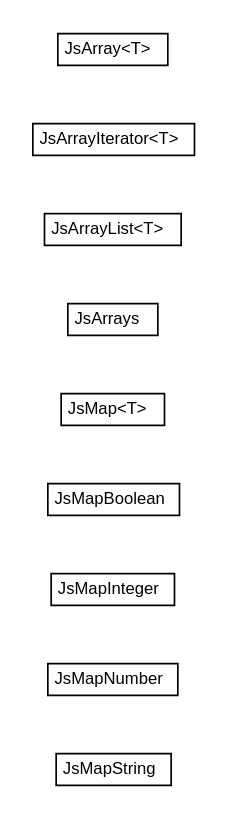
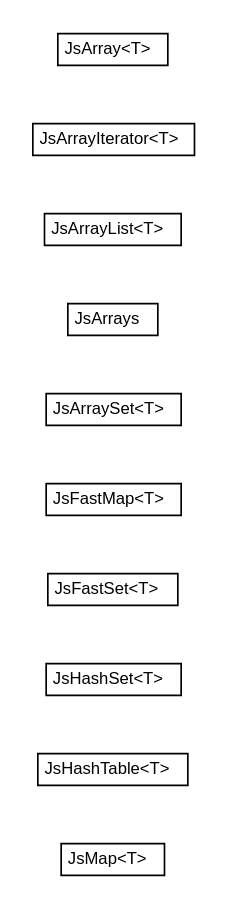
Before and after one commit to growbit/turbogwt-core: the diagram in javadoc/apidocs/org/turbogwt/core/js/collections/org.turbogwt.core.js.collections.dot, drawn with Graphviz. The commit also changed 111 other files, not shown here.

```diff
--- a/javadoc/apidocs/org/turbogwt/core/js/collections/org.turbogwt.core.js.collections.dot
+++ b/javadoc/apidocs/org/turbogwt/core/js/collections/org.turbogwt.core.js.collections.dot
@@ -1,67 +1,73 @@
 #!/usr/local/bin/dot
 #
 # Class diagram 
 # Generated by UMLGraph version R5_6-24-gf6e263 (http://www.umlgraph.org/)
 #
 
 digraph G {
 	edge [fontname="arial",fontsize=10,labelfontname="arial",labelfontsize=10];
 	node [fontname="arial",fontsize=10,shape=plaintext];
 	nodesep=0.25;
 	ranksep=0.5;
 	rankdir=LR;
-	// org.turbogwt.core.js.collections.JsMapString
-	c0 [label=<<table title="org.turbogwt.core.js.collections.JsMapString" border="0" cellborder="1" cellspacing="0" cellpadding="2" port="p" href="./JsMapString.html">
-		<tr><td><table border="0" cellspacing="0" cellpadding="1">
-<tr><td align="center" balign="center"> JsMapString </td></tr>
-		</table></td></tr>
-		</table>>, URL="./JsMapString.html", fontname="arial", fontcolor="black", fontsize=10.0];
-	// org.turbogwt.core.js.collections.JsMapNumber
-	c1 [label=<<table title="org.turbogwt.core.js.collections.JsMapNumber" border="0" cellborder="1" cellspacing="0" cellpadding="2" port="p" href="./JsMapNumber.html">
-		<tr><td><table border="0" cellspacing="0" cellpadding="1">
-<tr><td align="center" balign="center"> JsMapNumber </td></tr>
-		</table></td></tr>
-		</table>>, URL="./JsMapNumber.html", fontname="arial", fontcolor="black", fontsize=10.0];
-	// org.turbogwt.core.js.collections.JsMapInteger
-	c2 [label=<<table title="org.turbogwt.core.js.collections.JsMapInteger" border="0" cellborder="1" cellspacing="0" cellpadding="2" port="p" href="./JsMapInteger.html">
-		<tr><td><table border="0" cellspacing="0" cellpadding="1">
-<tr><td align="center" balign="center"> JsMapInteger </td></tr>
-		</table></td></tr>
-		</table>>, URL="./JsMapInteger.html", fontname="arial", fontcolor="black", fontsize=10.0];
-	// org.turbogwt.core.js.collections.JsMapBoolean
-	c3 [label=<<table title="org.turbogwt.core.js.collections.JsMapBoolean" border="0" cellborder="1" cellspacing="0" cellpadding="2" port="p" href="./JsMapBoolean.html">
-		<tr><td><table border="0" cellspacing="0" cellpadding="1">
-<tr><td align="center" balign="center"> JsMapBoolean </td></tr>
-		</table></td></tr>
-		</table>>, URL="./JsMapBoolean.html", fontname="arial", fontcolor="black", fontsize=10.0];
 	// org.turbogwt.core.js.collections.JsMap<T>
-	c4 [label=<<table title="org.turbogwt.core.js.collections.JsMap" border="0" cellborder="1" cellspacing="0" cellpadding="2" port="p" href="./JsMap.html">
+	c0 [label=<<table title="org.turbogwt.core.js.collections.JsMap" border="0" cellborder="1" cellspacing="0" cellpadding="2" port="p" href="./JsMap.html">
 		<tr><td><table border="0" cellspacing="0" cellpadding="1">
 <tr><td align="center" balign="center"> JsMap&lt;T&gt; </td></tr>
 		</table></td></tr>
 		</table>>, URL="./JsMap.html", fontname="arial", fontcolor="black", fontsize=10.0];
+	// org.turbogwt.core.js.collections.JsHashTable<T>
+	c1 [label=<<table title="org.turbogwt.core.js.collections.JsHashTable" border="0" cellborder="1" cellspacing="0" cellpadding="2" port="p" href="./JsHashTable.html">
+		<tr><td><table border="0" cellspacing="0" cellpadding="1">
+<tr><td align="center" balign="center"> JsHashTable&lt;T&gt; </td></tr>
+		</table></td></tr>
+		</table>>, URL="./JsHashTable.html", fontname="arial", fontcolor="black", fontsize=10.0];
+	// org.turbogwt.core.js.collections.JsHashSet<T>
+	c2 [label=<<table title="org.turbogwt.core.js.collections.JsHashSet" border="0" cellborder="1" cellspacing="0" cellpadding="2" port="p" href="./JsHashSet.html">
+		<tr><td><table border="0" cellspacing="0" cellpadding="1">
+<tr><td align="center" balign="center"> JsHashSet&lt;T&gt; </td></tr>
+		</table></td></tr>
+		</table>>, URL="./JsHashSet.html", fontname="arial", fontcolor="black", fontsize=10.0];
+	// org.turbogwt.core.js.collections.JsFastSet<T>
+	c3 [label=<<table title="org.turbogwt.core.js.collections.JsFastSet" border="0" cellborder="1" cellspacing="0" cellpadding="2" port="p" href="./JsFastSet.html">
+		<tr><td><table border="0" cellspacing="0" cellpadding="1">
+<tr><td align="center" balign="center"> JsFastSet&lt;T&gt; </td></tr>
+		</table></td></tr>
+		</table>>, URL="./JsFastSet.html", fontname="arial", fontcolor="black", fontsize=10.0];
+	// org.turbogwt.core.js.collections.JsFastMap<T>
+	c4 [label=<<table title="org.turbogwt.core.js.collections.JsFastMap" border="0" cellborder="1" cellspacing="0" cellpadding="2" port="p" href="./JsFastMap.html">
+		<tr><td><table border="0" cellspacing="0" cellpadding="1">
+<tr><td align="center" balign="center"> JsFastMap&lt;T&gt; </td></tr>
+		</table></td></tr>
+		</table>>, URL="./JsFastMap.html", fontname="arial", fontcolor="black", fontsize=10.0];
+	// org.turbogwt.core.js.collections.JsArraySet<T>
+	c5 [label=<<table title="org.turbogwt.core.js.collections.JsArraySet" border="0" cellborder="1" cellspacing="0" cellpadding="2" port="p" href="./JsArraySet.html">
+		<tr><td><table border="0" cellspacing="0" cellpadding="1">
+<tr><td align="center" balign="center"> JsArraySet&lt;T&gt; </td></tr>
+		</table></td></tr>
+		</table>>, URL="./JsArraySet.html", fontname="arial", fontcolor="black", fontsize=10.0];
 	// org.turbogwt.core.js.collections.JsArrays
-	c5 [label=<<table title="org.turbogwt.core.js.collections.JsArrays" border="0" cellborder="1" cellspacing="0" cellpadding="2" port="p" href="./JsArrays.html">
+	c6 [label=<<table title="org.turbogwt.core.js.collections.JsArrays" border="0" cellborder="1" cellspacing="0" cellpadding="2" port="p" href="./JsArrays.html">
 		<tr><td><table border="0" cellspacing="0" cellpadding="1">
 <tr><td align="center" balign="center"> JsArrays </td></tr>
 		</table></td></tr>
 		</table>>, URL="./JsArrays.html", fontname="arial", fontcolor="black", fontsize=10.0];
 	// org.turbogwt.core.js.collections.JsArrayList<T>
-	c6 [label=<<table title="org.turbogwt.core.js.collections.JsArrayList" border="0" cellborder="1" cellspacing="0" cellpadding="2" port="p" href="./JsArrayList.html">
+	c7 [label=<<table title="org.turbogwt.core.js.collections.JsArrayList" border="0" cellborder="1" cellspacing="0" cellpadding="2" port="p" href="./JsArrayList.html">
 		<tr><td><table border="0" cellspacing="0" cellpadding="1">
 <tr><td align="center" balign="center"> JsArrayList&lt;T&gt; </td></tr>
 		</table></td></tr>
 		</table>>, URL="./JsArrayList.html", fontname="arial", fontcolor="black", fontsize=10.0];
 	// org.turbogwt.core.js.collections.JsArrayIterator<T>
-	c7 [label=<<table title="org.turbogwt.core.js.collections.JsArrayIterator" border="0" cellborder="1" cellspacing="0" cellpadding="2" port="p" href="./JsArrayIterator.html">
+	c8 [label=<<table title="org.turbogwt.core.js.collections.JsArrayIterator" border="0" cellborder="1" cellspacing="0" cellpadding="2" port="p" href="./JsArrayIterator.html">
 		<tr><td><table border="0" cellspacing="0" cellpadding="1">
 <tr><td align="center" balign="center"> JsArrayIterator&lt;T&gt; </td></tr>
 		</table></td></tr>
 		</table>>, URL="./JsArrayIterator.html", fontname="arial", fontcolor="black", fontsize=10.0];
 	// org.turbogwt.core.js.collections.JsArray<T>
-	c8 [label=<<table title="org.turbogwt.core.js.collections.JsArray" border="0" cellborder="1" cellspacing="0" cellpadding="2" port="p" href="./JsArray.html">
+	c9 [label=<<table title="org.turbogwt.core.js.collections.JsArray" border="0" cellborder="1" cellspacing="0" cellpadding="2" port="p" href="./JsArray.html">
 		<tr><td><table border="0" cellspacing="0" cellpadding="1">
 <tr><td align="center" balign="center"> JsArray&lt;T&gt; </td></tr>
 		</table></td></tr>
 		</table>>, URL="./JsArray.html", fontname="arial", fontcolor="black", fontsize=10.0];
 }
```
